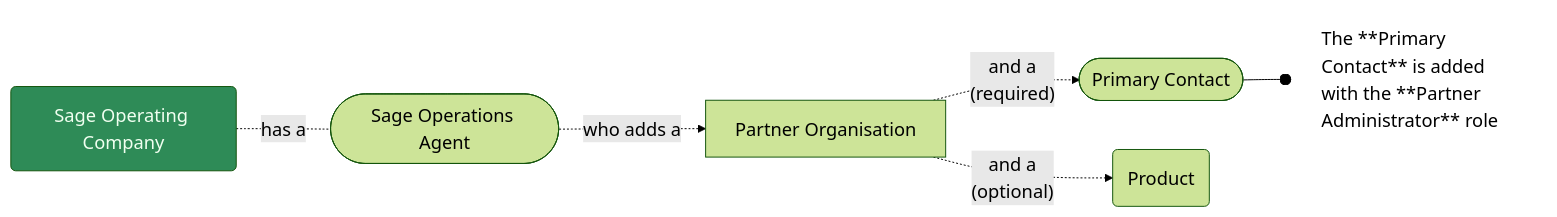
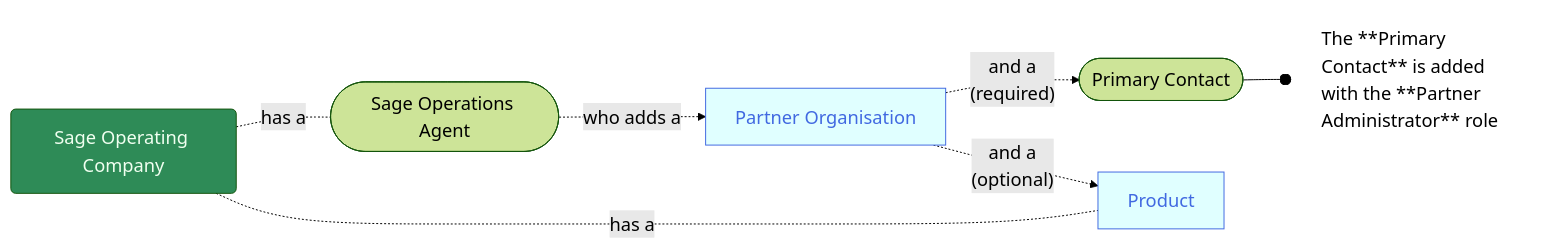
One commit to joe-dorward/samples changed the diagram in 2025_Sage/01_Scenario - Partner organisation.mdx. Above: the diagram before and after it, drawn with Mermaid.

Commit message:
Update 01_Scenario - Partner organisation.mdx

````diff
--- a/2025_Sage/01_Scenario - Partner organisation.mdx
+++ b/2025_Sage/01_Scenario - Partner organisation.mdx
@@ -2,26 +2,31 @@
 ```mermaid
 %%{
   init: {
     'theme': 'forest',
     'themeVariables': {
       'fontSize':'14pt'
     }
   }
 }%%
 flowchart LR
- %%classDef Note fill:pink, stroke:white, text-align:left, font-size:12pt, width:400px, margin:0px, padding:10px;
- classDef Sage fill:seagreen, color:honeydew;
- classDef Note fill:white, stroke:white, text-align:left;
+  %%classDef Note fill:pink, stroke:white, text-align:left, font-size:12pt, width:400px, margin:0px, padding:10px;
+  classDef Sage fill:seagreen, color:honeydew;
+  classDef Noun fill:lightcyan, stroke:royalblue, color:royalblue;
+  classDef Note fill:white, stroke:white, text-align:left;
 
   SAGE_OPERATING_COMPANY_01(Sage Operating Company)-.has a.-
   SAGE_OPERATIONS_AGENT_01([Sage Operations Agent])-.who adds a.->
   PARTNER_ORGANISATION_01[Partner Organisation]-.and a<br/>(required).->
   PRIMARY_CONTACT_01([Primary Contact])--o
   PRIMARY_CONTACT_01_NOTE[The **Primary Contact** is added with the **Partner Administrator** role]
 
+  SAGE_OPERATING_COMPANY_01-.has a.-
+  PRODUCT_01[Product]
+
   PARTNER_ORGANISATION_01-.and a<br/>(optional).->
-  PRODUCT_01(Product)
+  PRODUCT_01
 
   class SAGE_OPERATING_COMPANY_01 Sage
+  class PARTNER_ORGANISATION_01,PRODUCT_01 Noun
   class PRIMARY_CONTACT_01_NOTE Note
 ```
````
